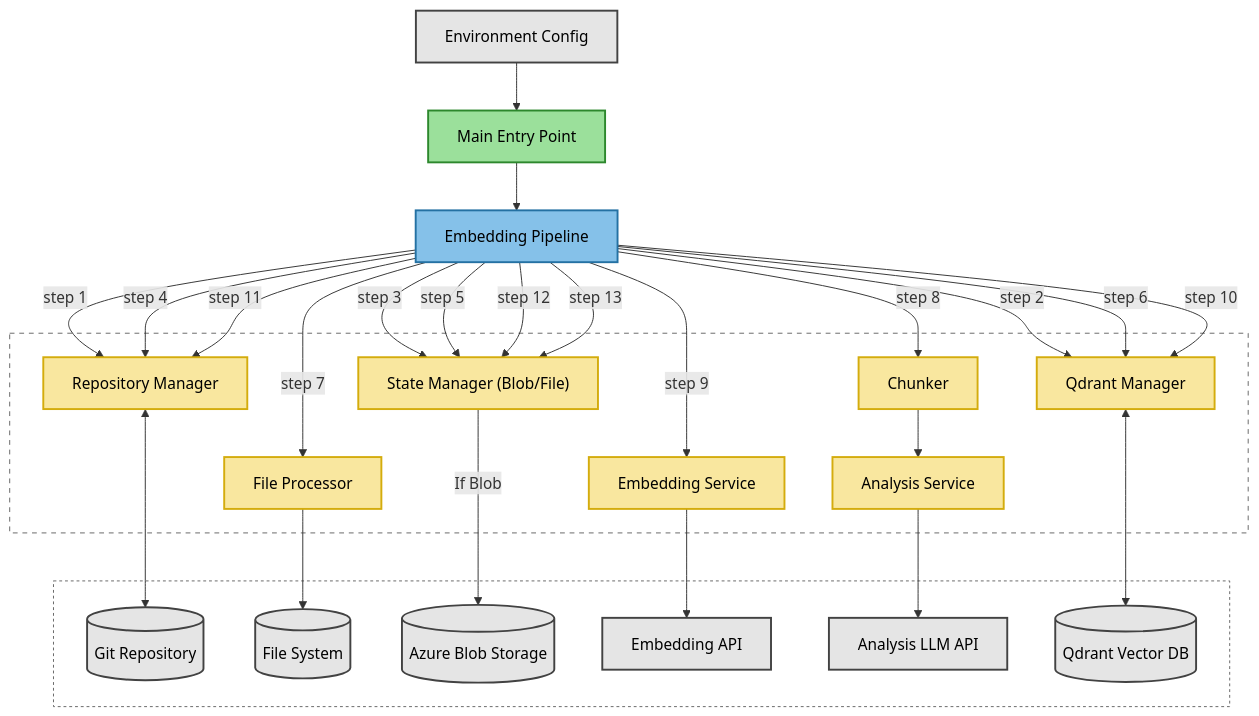
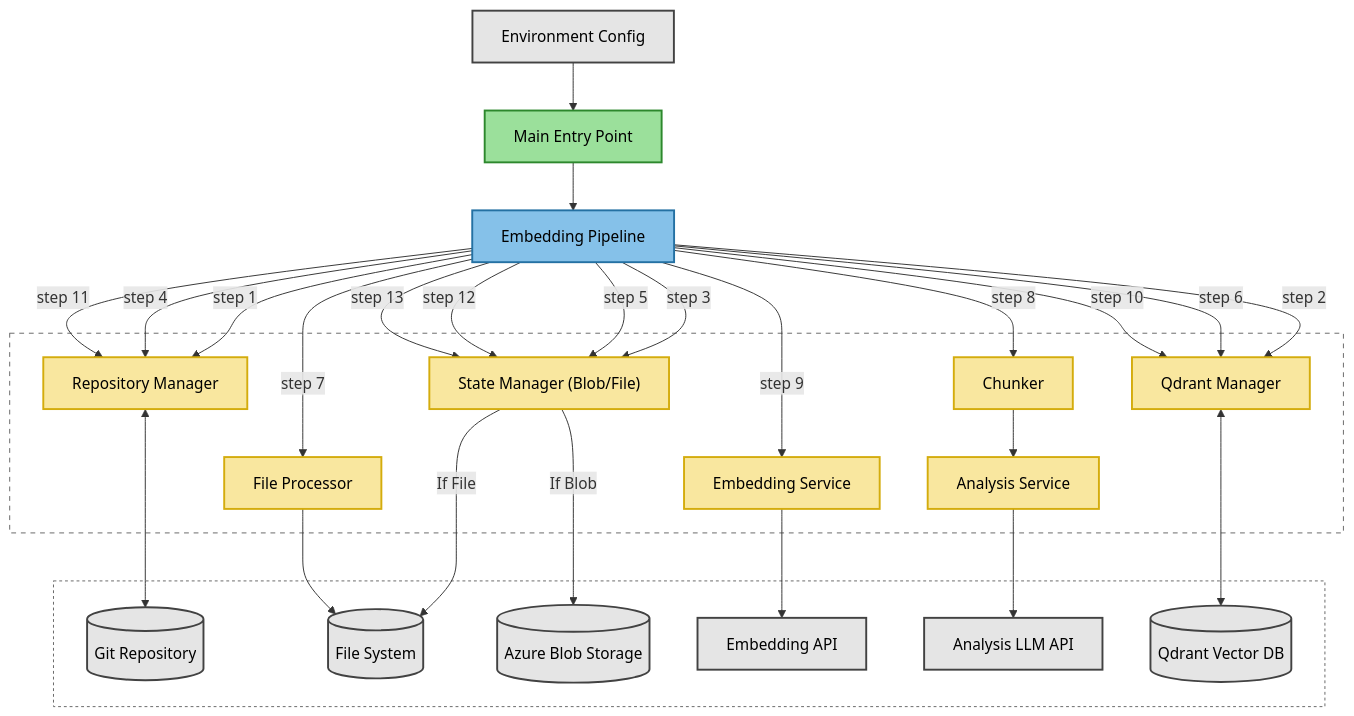
Before and after one commit to mark-hingston/embedder: the diagram in README.md, drawn with Mermaid.

````diff
--- a/README.md
+++ b/README.md
@@ -36,66 +36,67 @@
 ```mermaid
 flowchart TB
     %% Define Styles with higher contrast and simpler look
     classDef init fill:#9BE09B,stroke:#2D882D,stroke-width:2px,color:#000,rounded:true;
     classDef orchestrator fill:#85C1E9,stroke:#2471A3,stroke-width:2px,color:#000,rounded:true;
     classDef component fill:#F9E79F,stroke:#D4AC0D,stroke-width:2px,color:#000,rounded:true;
     classDef external fill:#E5E5E5,stroke:#424242,stroke-width:2px,color:#000,rounded:true;
     classDef data fill:#F8C471,stroke:#CA6F1E,stroke-width:2px,color:#000,rounded:true;
 
     %% Main Entry Point
     main["Main Entry Point"]:::init
     env["Environment Config"]:::external
     
     %% Core Pipeline
     pipeline["Embedding Pipeline"]:::orchestrator
     
     %% Components Group - improved text contrast
     subgraph Components["<b>Core Components</b>"]
         repoMgr["Repository Manager"]:::component
         stateMgr["State Manager (Blob/File)"]:::component
         fileProc["File Processor"]:::component
         chunker["Chunker"]:::component
         analysisSvc["Analysis Service"]:::component
         embedSvc["Embedding Service"]:::component
         qdrantMgr["Qdrant Manager"]:::component
     end
     style Components fill:none,stroke-dasharray:5 5,stroke:#666,color:white
     
     %% External Systems Group - improved text contrast
     subgraph External["<b>External Systems & Data</b>"]
         gitRepo[(Git Repository)]:::external
         fs[(File System)]:::external
         azureBlob[(Azure Blob Storage)]:::external
         embedApi["Embedding API"]:::external
         llmApi["Analysis LLM API"]:::external
         qdrantDb[(Qdrant Vector DB)]:::external
     end
     style External fill:none,stroke-dasharray:3 3,stroke:#666,color:white
     
     %% Core Flow - centrally balanced
     env --> main --> pipeline
     
     %% Component to External connections
     repoMgr <--> gitRepo
     stateMgr -- "If Blob" --> azureBlob
+    stateMgr -- "If File" --> fs
     fileProc --> fs
     chunker --> analysisSvc
     analysisSvc --> llmApi
     embedSvc --> embedApi
     qdrantMgr <--> qdrantDb
     
     %% Pipeline process flow with simplified step labels - removed any disconnected arrows
     pipeline --> |"step 1"|repoMgr
     pipeline --> |"step 2"|qdrantMgr
     pipeline --> |"step 3"|stateMgr
     pipeline --> |"step 4"|repoMgr
     pipeline --> |"step 5"|stateMgr
     pipeline --> |"step 6"|qdrantMgr
     pipeline --> |"step 7"|fileProc
     pipeline --> |"step 8"|chunker
     pipeline --> |"step 9"|embedSvc
     pipeline --> |"step 10"|qdrantMgr
     pipeline --> |"step 11"|repoMgr
     pipeline --> |"step 12"|stateMgr
     pipeline --> |"step 13"|stateMgr
 ```
````
